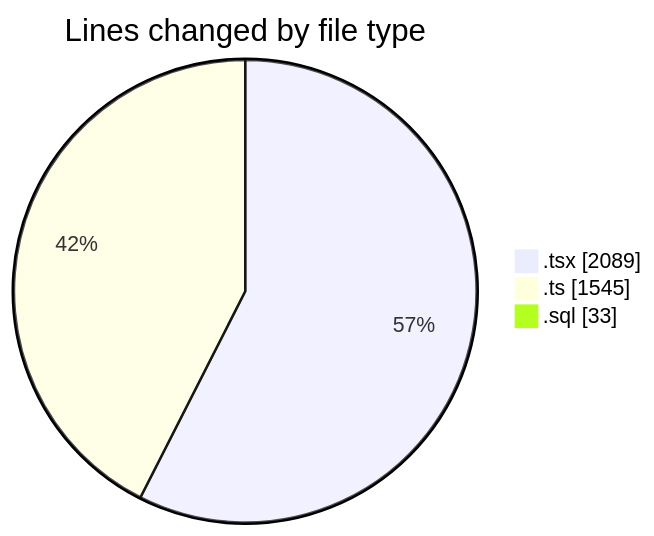
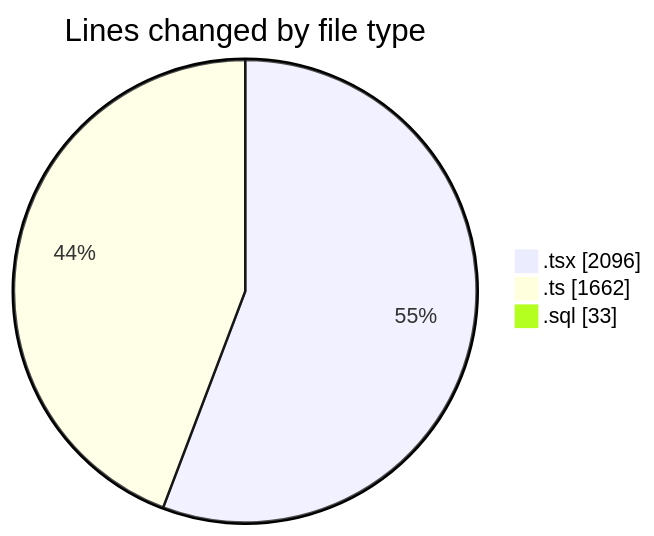
The first of 2 diagrams in 2025-09-05/hiai-phf/README.md (lephambinh05/code-tracking), drawn with Mermaid before and after one commit. The commit also changed other lines of this file and 1 other file, not shown here.

````diff
--- a/2025-09-05/hiai-phf/README.md
+++ b/2025-09-05/hiai-phf/README.md
@@ -52,7 +54,7 @@
 ```mermaid
 pie showData
 title Lines changed by file type
-".tsx" : 2089
-".ts" : 1545
+".tsx" : 2096
+".ts" : 1662
 ".sql" : 33
 ```
````
